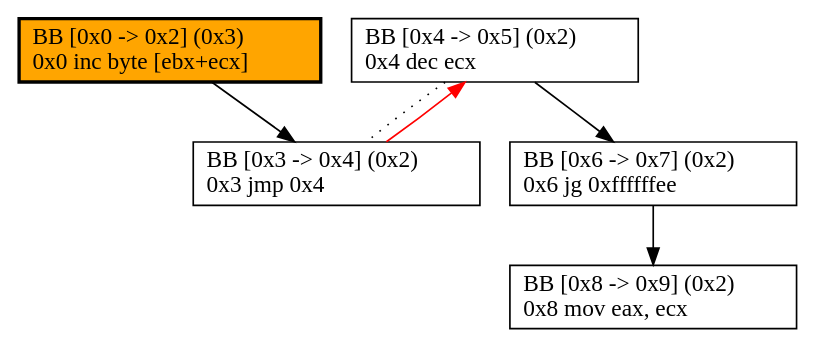
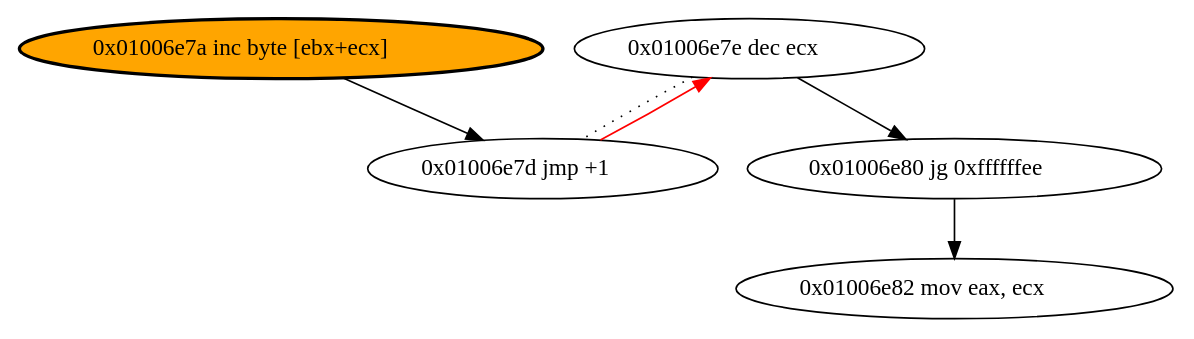
Before and after one commit to yaps8/these: the diagram in supports/disasm/telock/telock.dot, drawn with Graphviz. The commit also changed 16 other files, not shown here.

```diff
--- a/supports/disasm/telock/telock.dot
+++ b/supports/disasm/telock/telock.dot
@@ -1,13 +1,13 @@
 digraph G {
 labeljust=r
-"0x4" [labeljust=r,label="BB [0x4 -> 0x5] (0x2)\l0x4 dec ecx\l", shape=box, style="filled", fillcolor=white]
-"0x0" [label="BB [0x0 -> 0x2] (0x3)\l0x0 inc byte [ebx+ecx]\l", shape=box, style="bold, filled", fillcolor="orange"]
-"0x3" [labeljust=r,label="BB [0x3 -> 0x4] (0x2)\l0x3 jmp 0x4\l", shape=box, style="filled", fillcolor=white]
-"0x6" [labeljust=r,label="BB [0x6 -> 0x7] (0x2)\l0x6 jg 0xffffffee\l", shape=box, style="filled", fillcolor=white]
-"0x8" [labeljust=r,label="BB [0x8 -> 0x9] (0x2)\l0x8 mov eax, ecx\l", shape=box, style="filled", fillcolor=white]
+"0x4" [labeljust=r,label="0x01006e7e dec ecx\l"]
+"0x0" [label="0x01006e7a inc byte [ebx+ecx]\l", style="bold, filled", fillcolor="orange"]
+"0x3" [labeljust=r,label="0x01006e7d jmp +1\l"]
+"0x6" [labeljust=r,label="0x01006e80 jg 0xffffffee\l"]
+"0x8" [labeljust=r,label="0x01006e82 mov eax, ecx\l"]
 "0x4" -> "0x3" [style=dotted,arrowhead=none,color=black]
 "0x4" -> "0x6" [color=black]
 "0x0" -> "0x3" [color=black]
 "0x3" -> "0x4" [color=red]
 "0x6" -> "0x8" [color=black]
 }
```
